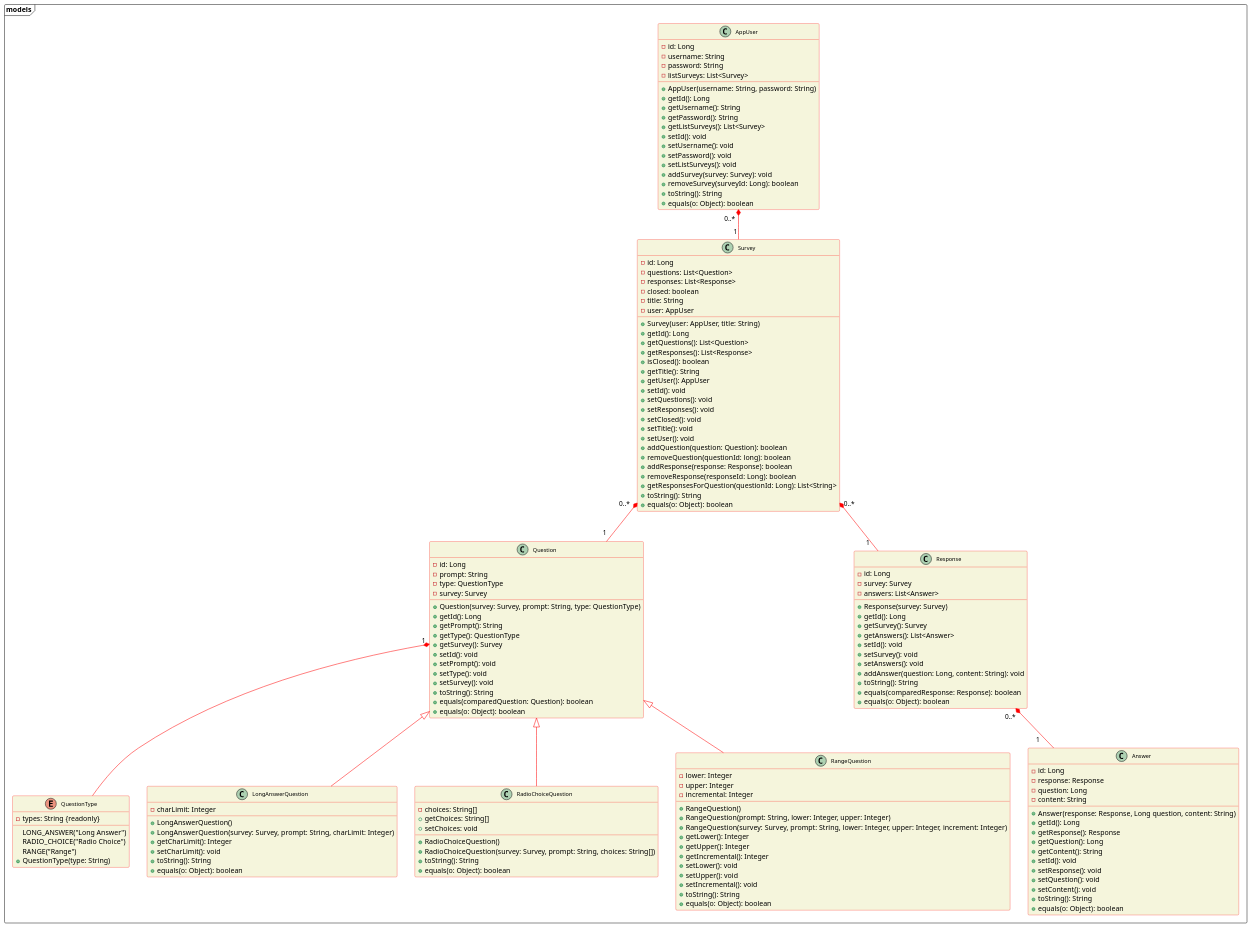
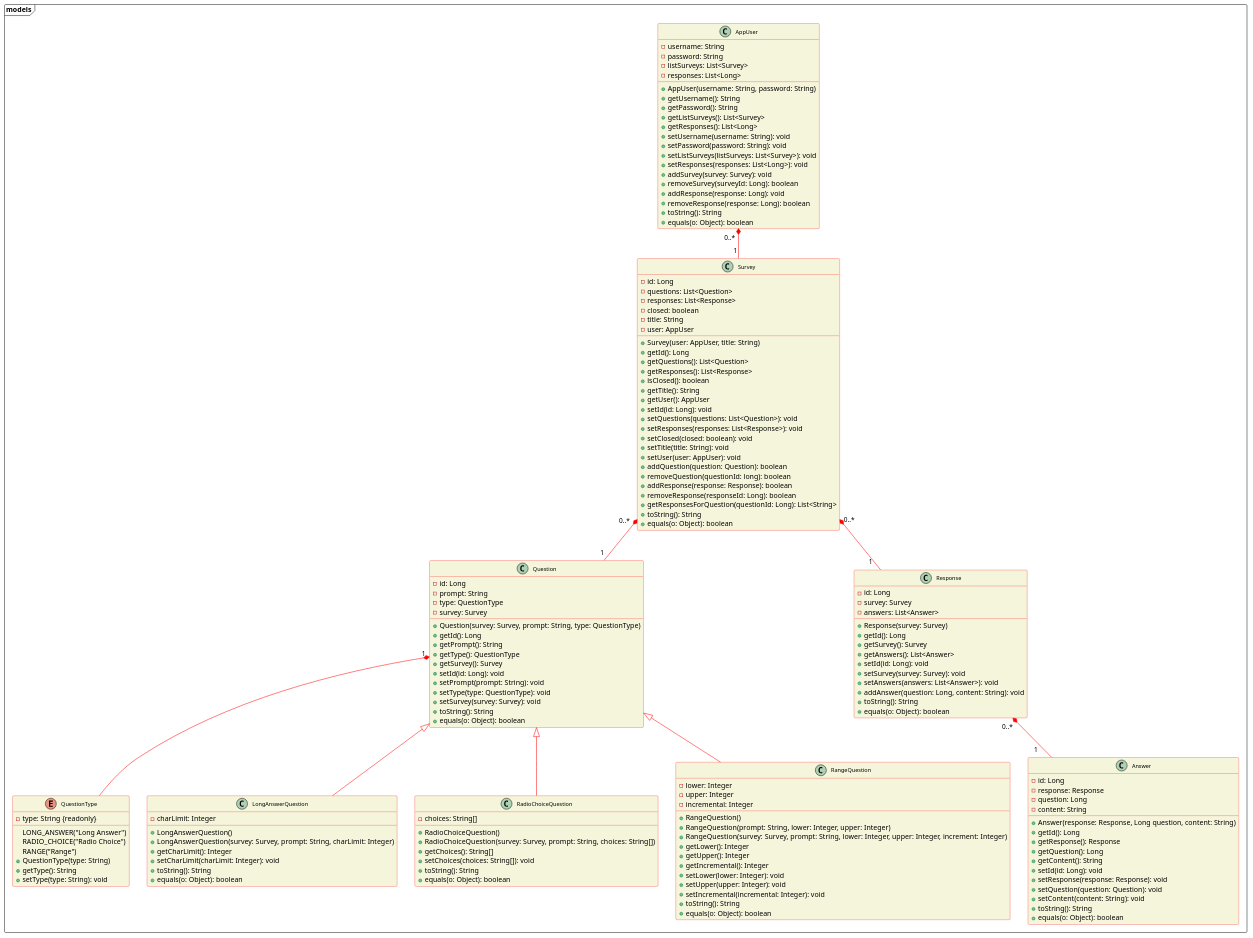
The diagram in diagrams/plantUmlFiles/UMLClassDiagram.plantuml (bardia-p/OpinionOwl), drawn with PlantUML before and after one commit. The commit also changed 8 other files, not shown here.

Commit message:
Updated the diagrams with the new attribute changes.

```diff
--- a/diagrams/plantUmlFiles/UMLClassDiagram.plantuml
+++ b/diagrams/plantUmlFiles/UMLClassDiagram.plantuml
@@ -1,176 +1,171 @@
-@startuml Milestone2_UML_Class_Diagram
+@startuml UML_Class_Diagram
 skinparam classFontSize 11
 skinparam classBackgroundColor beige
 skinparam ClassBorderColor red
 skinparam ArrowColor red
 
 
 package "models" <<frame>> {
     class "Answer" {
         - id: Long
         - response: Response
         - question: Long
         - content: String
         + Answer(response: Response, Long question, content: String)
         + getId(): Long
         + getResponse(): Response
         + getQuestion(): Long
         + getContent(): String
-        + setId(): void
-        + setResponse(): void
-        + setQuestion(): void
-        + setContent(): void
+        + setId(id: Long): void
+        + setResponse(response: Response): void
+        + setQuestion(question: Question): void
+        + setContent(content: String): void
         + toString(): String
         + equals(o: Object): boolean
     }
 
     class "AppUser" {
-        - id: Long
         - username: String
         - password: String
         - listSurveys: List<Survey>
+        - responses: List<Long>
         + AppUser(username: String, password: String)
-        + getId(): Long
         + getUsername(): String
         + getPassword(): String
         + getListSurveys(): List<Survey>
-        + setId(): void
-        + setUsername(): void
-        + setPassword(): void
-        + setListSurveys(): void
+        + getResponses(): List<Long>
+        + setUsername(username: String): void
+        + setPassword(password: String): void
+        + setListSurveys(listSurveys: List<Survey>): void
+        + setResponses(responses: List<Long>): void
         + addSurvey(survey: Survey): void
         + removeSurvey(surveyId: Long): boolean
+        + addResponse(response: Long): void
+        + removeResponse(response: Long): boolean
         + toString(): String
         + equals(o: Object): boolean
     }
 
     enum "QuestionType" {
         LONG_ANSWER("Long Answer")
         RADIO_CHOICE("Radio Choice")
         RANGE("Range")
-        - types: String {readonly}
+        - type: String {readonly}
         + QuestionType(type: String)
+        + getType(): String
+        + setType(type: String): void
     }
 
     class "Question" {
         - id: Long
         - prompt: String
         - type: QuestionType
         - survey: Survey
         + Question(survey: Survey, prompt: String, type: QuestionType)
         + getId(): Long
         + getPrompt(): String
         + getType(): QuestionType
         + getSurvey(): Survey
-        + setId(): void
-        + setPrompt(): void
-        + setType(): void
-        + setSurvey(): void
+        + setId(id: Long): void
+        + setPrompt(prompt: String): void
+        + setType(type: QuestionType): void
+        + setSurvey(survey: Survey): void
         + toString(): String
-        + equals(comparedQuestion: Question): boolean
         + equals(o: Object): boolean
     }
 
     class "LongAnswerQuestion" {
         - charLimit: Integer
         + LongAnswerQuestion()
         + LongAnswerQuestion(survey: Survey, prompt: String, charLimit: Integer)
         + getCharLimit(): Integer
-        + setCharLimit(): void
+        + setCharLimit(charLimit: Integer): void
         + toString(): String
         + equals(o: Object): boolean
     }
 
     class "RadioChoiceQuestion" {
         - choices: String[]
         + RadioChoiceQuestion()
         + RadioChoiceQuestion(survey: Survey, prompt: String, choices: String[])
-        + getChoices: String[]
-        + setChoices: void
+        + getChoices(): String[]
+        + setChoices(choices: String[]): void
         + toString(): String
         + equals(o: Object): boolean
     }
 
     class "RangeQuestion" {
         - lower: Integer
         - upper: Integer
         - incremental: Integer
         + RangeQuestion()
         + RangeQuestion(prompt: String, lower: Integer, upper: Integer)
         + RangeQuestion(survey: Survey, prompt: String, lower: Integer, upper: Integer, increment: Integer)
         + getLower(): Integer
         + getUpper(): Integer
         + getIncremental(): Integer
-        + setLower(): void
-        + setUpper(): void
-        + setIncremental(): void
+        + setLower(lower: Integer): void
+        + setUpper(upper: Integer): void
+        + setIncremental(incremental: Integer): void
         + toString(): String
         + equals(o: Object): boolean
     }
 
     class "Response" {
         - id: Long
         - survey: Survey
         - answers: List<Answer>
         + Response(survey: Survey)
         + getId(): Long
         + getSurvey(): Survey
         + getAnswers(): List<Answer>
-        + setId(): void
-        + setSurvey(): void
-        + setAnswers(): void
+        + setId(id: Long): void
+        + setSurvey(survey: Survey): void
+        + setAnswers(answers: List<Answer>): void
         + addAnswer(question: Long, content: String): void
         + toString(): String
-        + equals(comparedResponse: Response): boolean
         + equals(o: Object): boolean
     }
 
     class "Survey" {
         - id: Long
         - questions: List<Question>
         - responses: List<Response>
         - closed: boolean
         - title: String
         - user: AppUser
         + Survey(user: AppUser, title: String)
         + getId(): Long
         + getQuestions(): List<Question>
         + getResponses(): List<Response>
         + isClosed(): boolean
         + getTitle(): String
         + getUser(): AppUser
-        + setId(): void
-        + setQuestions(): void
-        + setResponses(): void
-        + setClosed(): void
-        + setTitle(): void
-        + setUser(): void
+        + setId(id: Long): void
+        + setQuestions(questions: List<Question>): void
+        + setResponses(responses: List<Response>): void
+        + setClosed(closed: boolean): void
+        + setTitle(title: String): void
+        + setUser(user: AppUser): void
         + addQuestion(question: Question): boolean
         + removeQuestion(questionId: long): boolean
         + addResponse(response: Response): boolean
         + removeResponse(responseId: Long): boolean
         + getResponsesForQuestion(questionId: Long): List<String>
         + toString(): String
         + equals(o: Object): boolean
     }
 }
-
-
-
-' note right of "APIController"::createSurvey
-'     // returns 200 if survey created successfully
-'     // otherwise look at integer responses to handle errors
-' end note
 
 ' Relationship arrows
 "RangeQuestion" -up-|> "Question"
 "LongAnswerQuestion" -up-|> "Question"
 "RadioChoiceQuestion" -up-|> "Question"
 
 "Question" "1" *-- "QuestionType"
 
 "Response" "0..*  " *-- "1      " "Answer"
 "Survey" "0..*  " *-- "1  " "Question"
 "Survey" "0..*     " *-- "1   " "Response"
 "AppUser" "0..*  " *-- "1 " "Survey"
 @enduml
```
